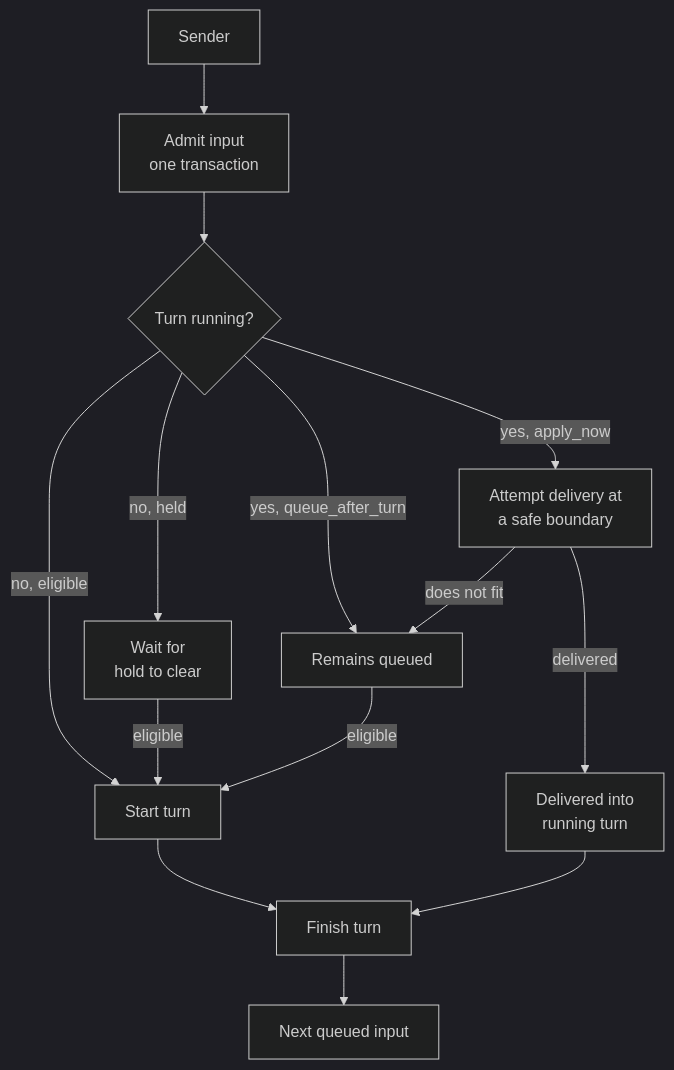
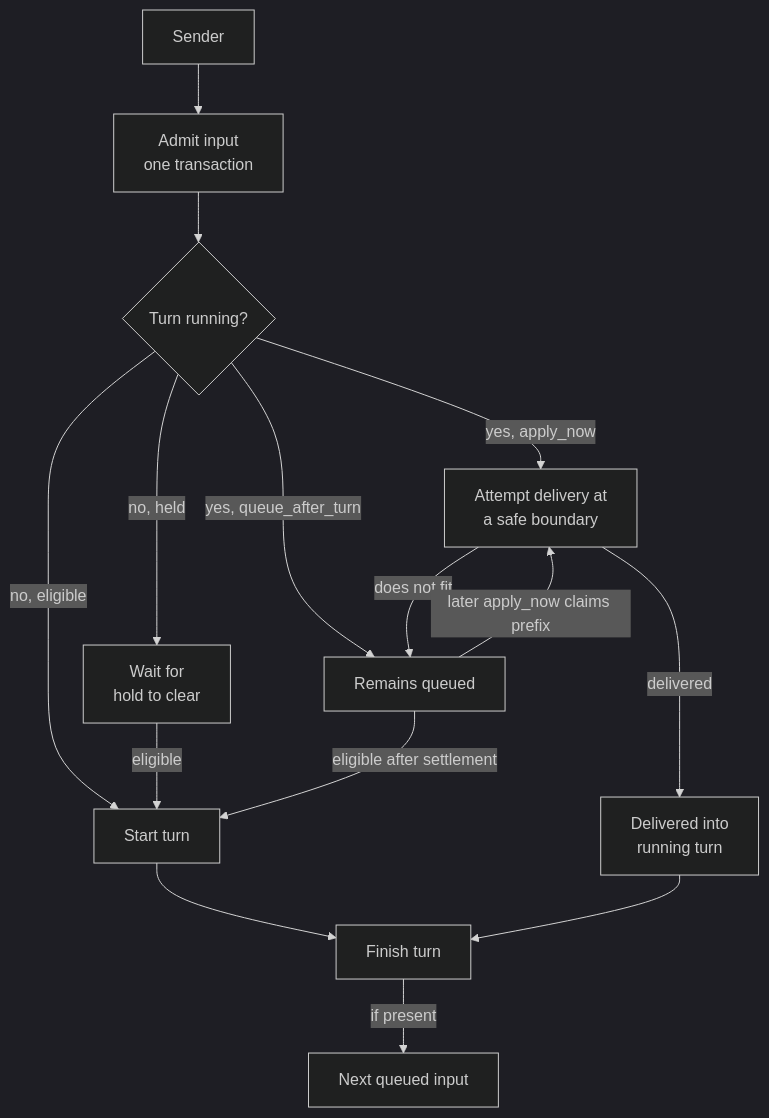
The diagram in docs/how-it-works/turns-and-delivery.md (cebertowicz/corsia), drawn with Mermaid (dark theme) before and after one commit. The commit also changed other lines of this file and 5 other files, not shown here.

````diff
--- a/docs/how-it-works/turns-and-delivery.md
+++ b/docs/how-it-works/turns-and-delivery.md
@@ -18,16 +18,17 @@
 ```mermaid
 flowchart TB
     S[Sender] --> A[Admit input<br/>one transaction]
     A --> Q{Turn running?}
     Q -->|no, eligible| T[Start turn]
     Q -->|no, held| H[Wait for<br/>hold to clear]
     H -->|eligible| T
     Q -->|yes, apply_now| B[Attempt delivery at<br/>a safe boundary]
     Q -->|yes, queue_after_turn| W[Remains queued]
     B -->|delivered| T2[Delivered into<br/>running turn]
     B -->|does not fit| W
-    W -->|eligible| T
+    W -->|later apply_now claims prefix| B
+    W -->|eligible after settlement| T
     T --> F[Finish turn]
     T2 --> F
-    F --> N[Next queued input]
+    F -->|if present| N[Next queued input]
 ```
````
